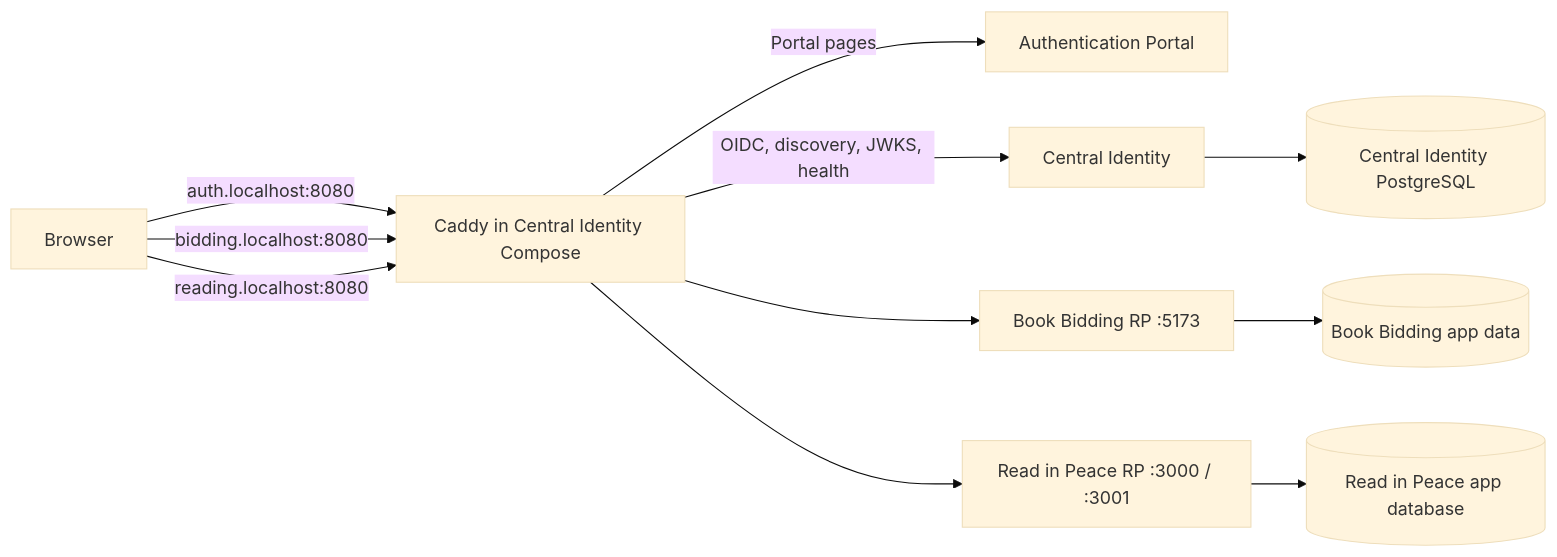
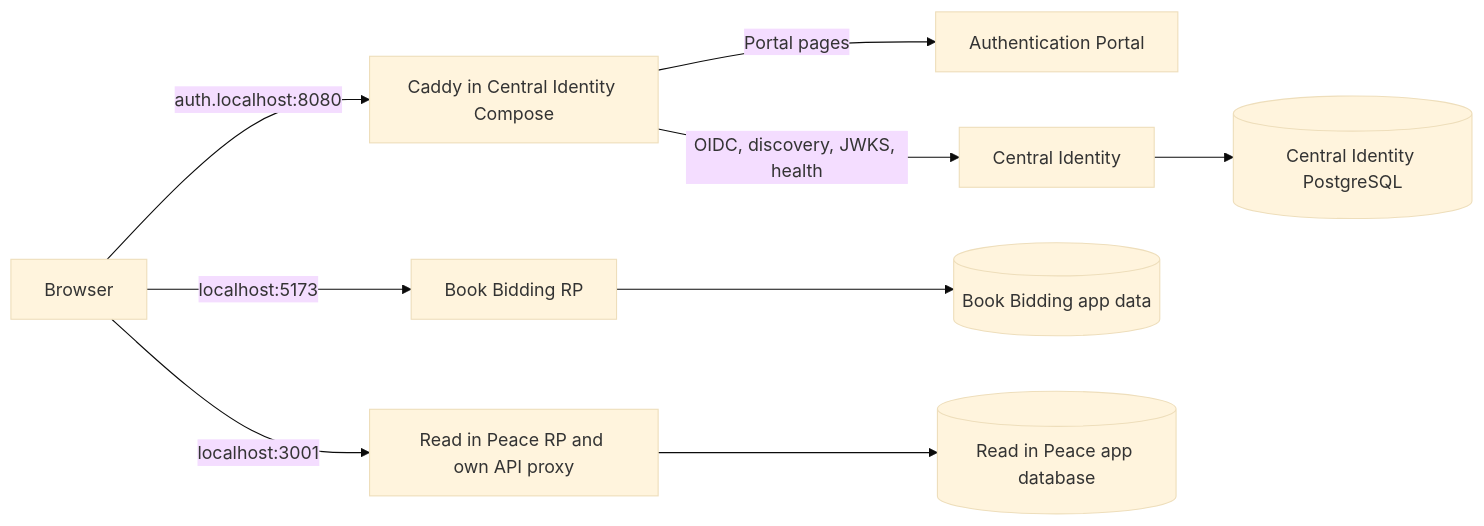
One commit to narinsak-u/book-auth-middleware changed the first of 2 diagrams in README.md. Above: the diagram before and after it, drawn with Mermaid (base theme). The commit also changed other lines of this file and 15 other files, not shown here.

Commit message:
feat: centralize local SSO client flow

````diff
--- a/README.md
+++ b/README.md
@@ -23,13 +23,11 @@
 ```mermaid
 flowchart LR
     Browser -->|auth.localhost:8080| Gateway[Caddy in Central Identity Compose]
     Gateway -->|Portal pages| Portal[Authentication Portal]
     Gateway -->|OIDC, discovery, JWKS, health| IdP[Central Identity]
-    Browser -->|bidding.localhost:8080| Gateway
-    Gateway --> Bidding[Book Bidding RP :5173]
-    Browser -->|reading.localhost:8080| Gateway
-    Gateway --> Reading[Read in Peace RP :3000 / :3001]
+    Browser -->|localhost:5173| Bidding[Book Bidding RP]
+    Browser -->|localhost:3001| Reading[Read in Peace RP and own API proxy]
     IdP --> CentralDB[(Central Identity PostgreSQL)]
     Bidding --> BiddingData[(Book Bidding app data)]
     Reading --> ReadingData[(Read in Peace app database)]
 ```
````
